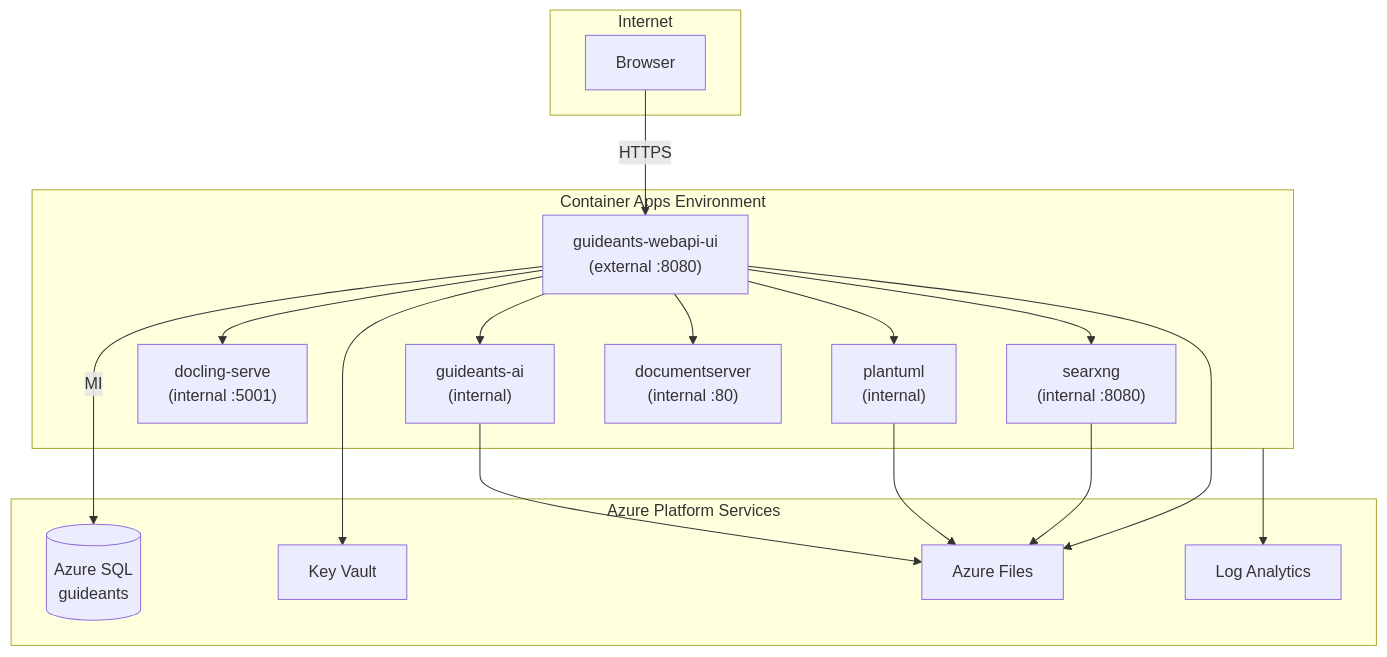
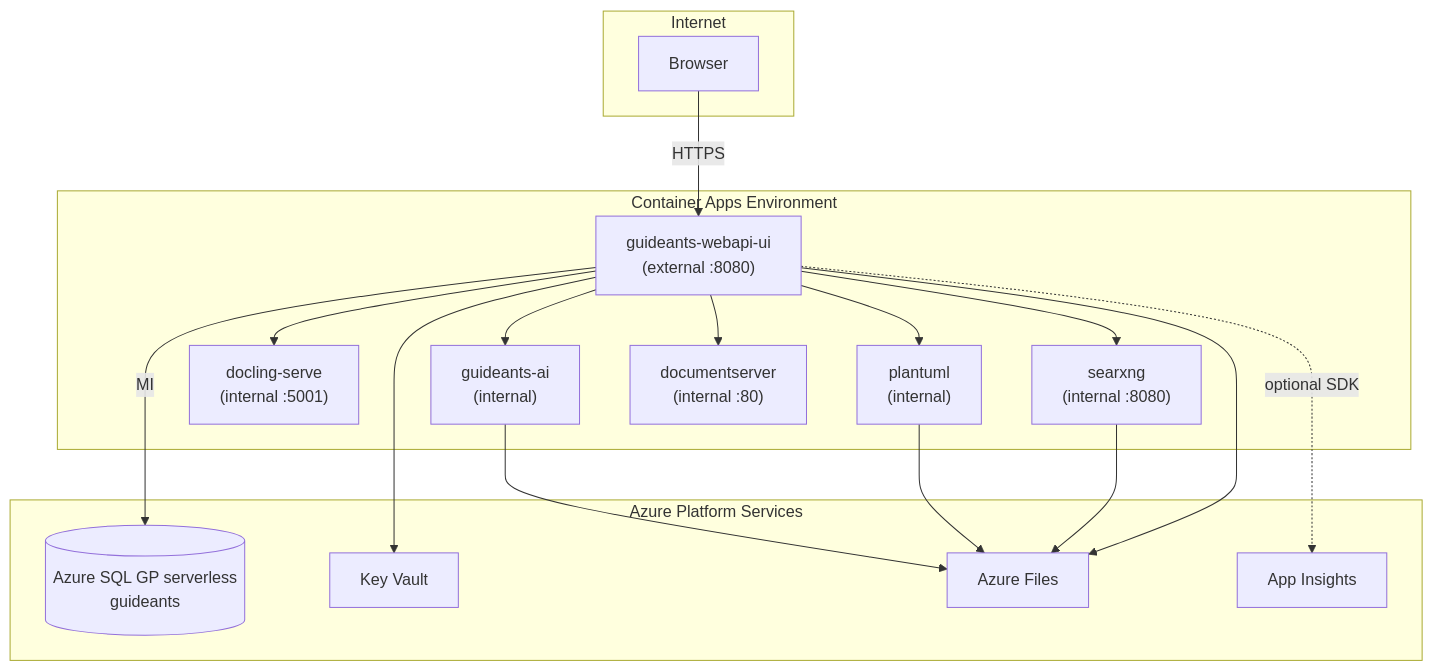
The diagram in deploy/azure/ARCHITECTURE.md (Elumenotion/GuideAnts), drawn with Mermaid before and after one commit. The commit also changed other lines of this file and 74 other files, not shown here.

````diff
--- a/deploy/azure/ARCHITECTURE.md
+++ b/deploy/azure/ARCHITECTURE.md
@@ -5,36 +5,36 @@
 ```mermaid
 flowchart TB
     subgraph Internet
         User[Browser]
     end
 
     subgraph ACA["Container Apps Environment"]
         WebUI["guideants-webapi-ui\n(external :8080)"]
         AI["guideants-ai\n(internal)"]
         Docling["docling-serve\n(internal :5001)"]
         PlantUML["plantuml\n(internal)"]
         SearXNG["searxng\n(internal :8080)"]
         DocServer["documentserver\n(internal :80)"]
     end
 
     subgraph Platform["Azure Platform Services"]
-        SQL[(Azure SQL\nguideants)]
+        SQL[(Azure SQL GP serverless\nguideants)]
         KV[Key Vault]
         Files[Azure Files]
-        LA[Log Analytics]
+        AI_Mon[App Insights]
     end
 
     User -->|HTTPS| WebUI
     WebUI --> AI
     WebUI --> Docling
     WebUI --> PlantUML
     WebUI --> SearXNG
     WebUI --> DocServer
     WebUI -->|MI| SQL
     WebUI --> KV
+    WebUI -.->|optional SDK| AI_Mon
     AI --> Files
     PlantUML --> Files
     SearXNG --> Files
     WebUI --> Files
-    ACA --> LA
 ```
````
